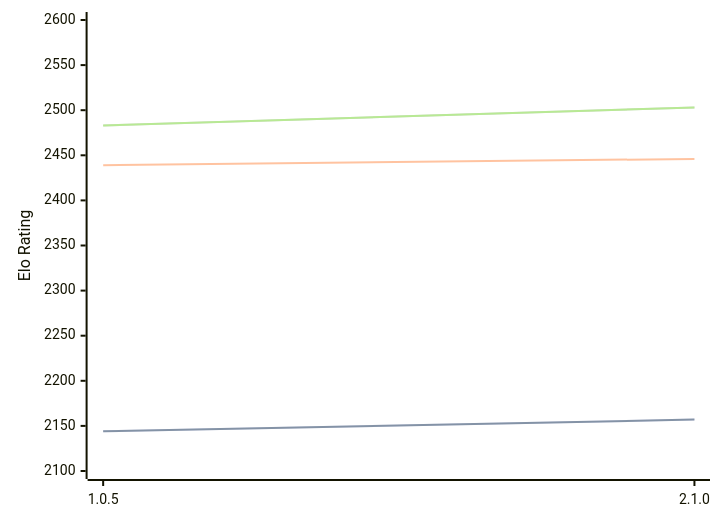
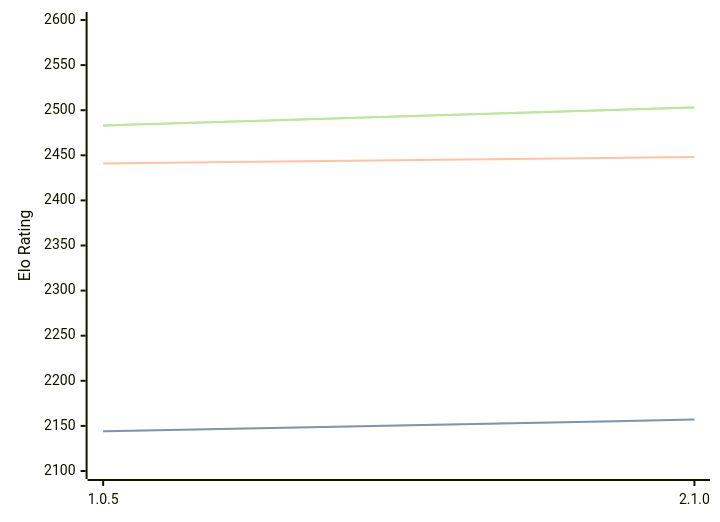
The diagram in engines/Ruffian.md (computer-chess-index/cci), drawn with Mermaid before and after one commit. The commit also changed other lines of this file, not shown here.

````diff
--- a/engines/Ruffian.md
+++ b/engines/Ruffian.md
@@ -32,11 +32,11 @@
 ```mermaid
 %%{init: {"theme":"base","themeVariables":{"seriesColors:['#a3a3a3','#222221','#faa371']}}}%%
 xychart-beta
   x-axis ["1.0.5", "2.1.0"]
   y-axis "Elo Rating" 2100 --> 2600
   line "" [2144, 2157]
   line "STC (8.0+0.08s)" [2144, 2157]
-  line "LTC (60.0+0.60s)" [2439, 2446]
+  line "LTC (60.0+0.60s)" [2441, 2448]
   line "" [2483, 2503]
   line "VLTC (2m24s+1.12s)" [2483, 2503]
 ```
````
